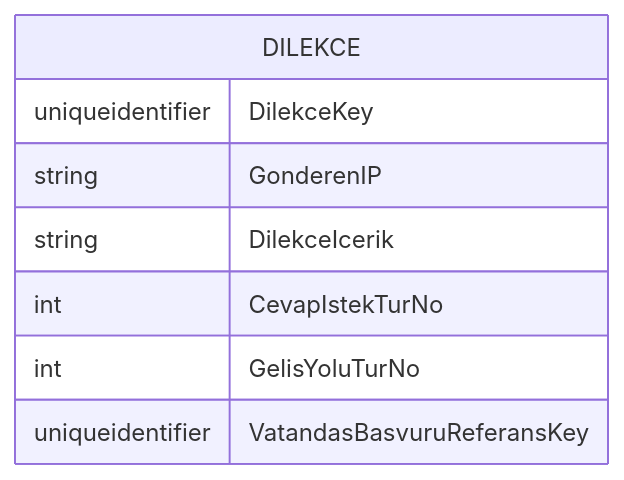
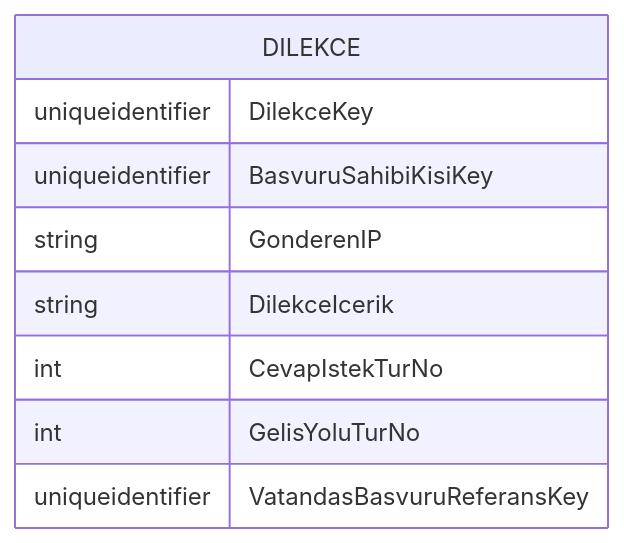
The diagram in mermaid-dilekce.qmd (ati-ozgur/database-standards), drawn with Mermaid before and after one commit. The commit also changed 1 other file, not shown here.

Commit message:
düzeltme

````diff
--- a/mermaid-dilekce.qmd
+++ b/mermaid-dilekce.qmd
@@ -1,11 +1,12 @@
 ```{mermaid}
 erDiagram
     DILEKCE {
         uniqueidentifier DilekceKey
+        uniqueidentifier BasvuruSahibiKisiKey
         string GonderenIP
         string DilekceIcerik
         int CevapIstekTurNo
         int GelisYoluTurNo
         uniqueidentifier VatandasBasvuruReferansKey
     }
 ```
````
